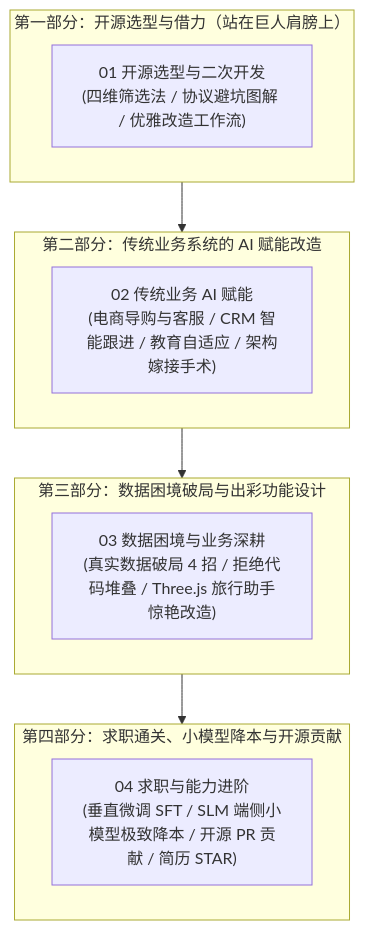
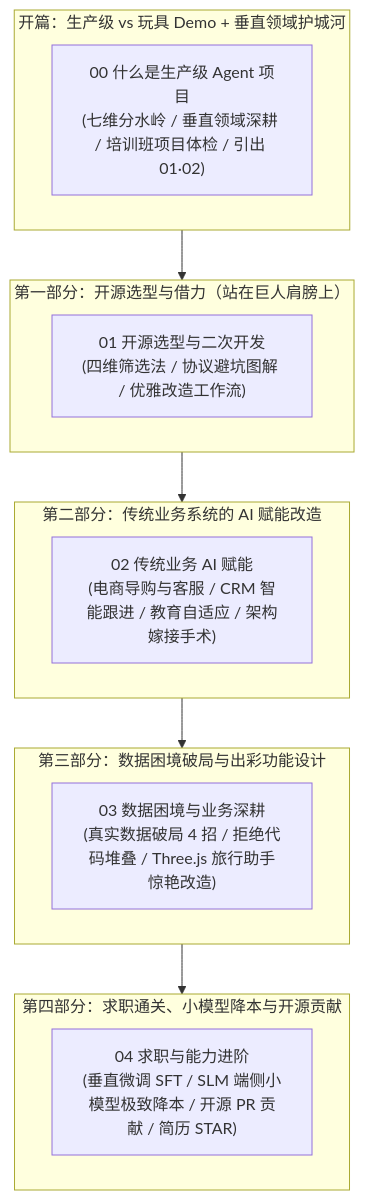
Before and after one commit to buffer121328/vibe-coding-and-agents: the diagram in 11_如何做一个自己的项目/README.md, drawn with Mermaid. The commit also changed other lines of this file and 5 other files, not shown here.

First line of the commit message:
docs: 新增第十一章 00 什么是生产级 Agent 项目并精简 01-04 标题

````diff
--- a/11_如何做一个自己的项目/README.md
+++ b/11_如何做一个自己的项目/README.md
@@ -20,22 +20,27 @@
 ```mermaid
 graph TD
+    subgraph Part0 ["开篇：生产级 vs 玩具 Demo + 垂直领域护城河"]
+        A0["00 什么是生产级 Agent 项目<br/>(七维分水岭 / 垂直领域深耕 / 培训班项目体检 / 引出 01·02)"]
+    end
+
     subgraph Part1 ["第一部分：开源选型与借力（站在巨人肩膀上）"]
         A1["01 开源选型与二次开发<br/>(四维筛选法 / 协议避坑图解 / 优雅改造工作流)"]
     end
 
     subgraph Part2 ["第二部分：传统业务系统的 AI 赋能改造"]
         B1["02 传统业务 AI 赋能<br/>(电商导购与客服 / CRM 智能跟进 / 教育自适应 / 架构嫁接手术)"]
     end
 
     subgraph Part3 ["第三部分：数据困境破局与出彩功能设计"]
         C1["03 数据困境与业务深耕<br/>(真实数据破局 4 招 / 拒绝代码堆叠 / Three.js 旅行助手惊艳改造)"]
     end
 
     subgraph Part4 ["第四部分：求职通关、小模型降本与开源贡献"]
         D1["04 求职与能力进阶<br/>(垂直微调 SFT / SLM 端侧小模型极致降本 / 开源 PR 贡献 / 简历 STAR)"]
     end
 
+    Part0 --> Part1
     Part1 --> Part2
     Part2 --> Part3
     Part3 --> Part4
 ```
````
